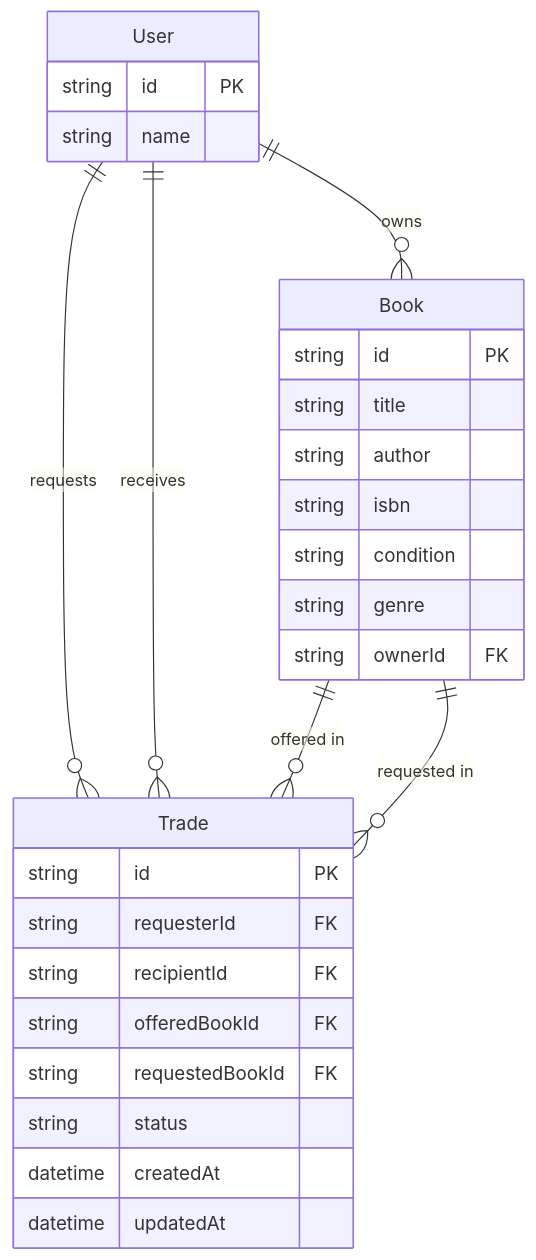
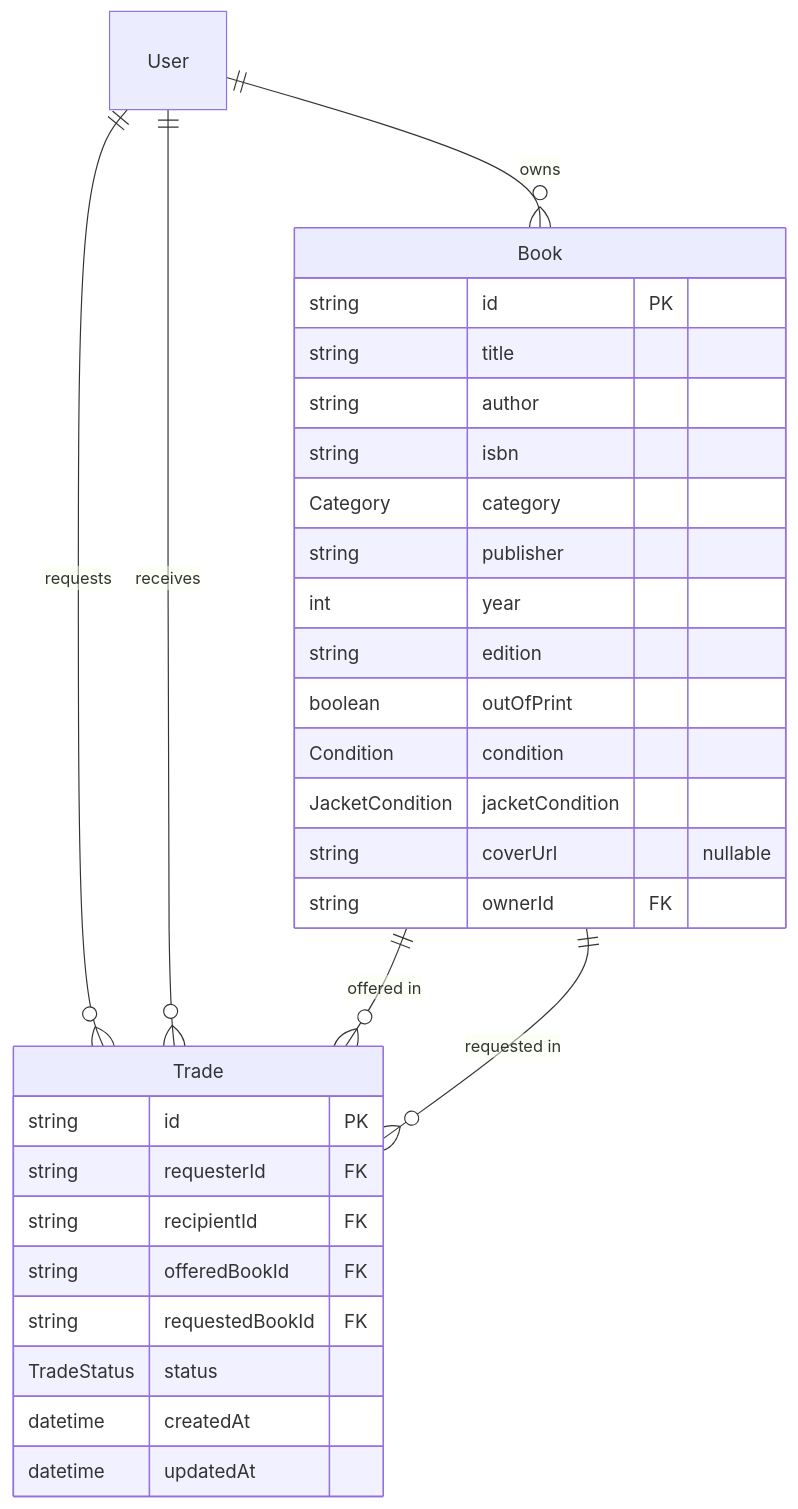
Before and after one commit to alichaaraoui/easy-exchange: the diagram in specs/data-model.md, drawn with Mermaid. The commit also changed other lines of this file and 7 other files, not shown here.

````diff
--- a/specs/data-model.md
+++ b/specs/data-model.md
@@ -52,31 +79,33 @@
 ```mermaid
 erDiagram
   User ||--o{ Book : owns
   User ||--o{ Trade : requests
   User ||--o{ Trade : receives
   Book ||--o{ Trade : "offered in"
   Book ||--o{ Trade : "requested in"
-  User {
-    string id PK
-    string name
-  }
   Book {
     string id PK
     string title
     string author
     string isbn
-    string condition
-    string genre
+    Category category
+    string publisher
+    int year
+    string edition
+    boolean outOfPrint
+    Condition condition
+    JacketCondition jacketCondition
+    string coverUrl "nullable"
     string ownerId FK
   }
   Trade {
     string id PK
     string requesterId FK
     string recipientId FK
     string offeredBookId FK
     string requestedBookId FK
-    string status
+    TradeStatus status
     datetime createdAt
     datetime updatedAt
   }
 ```
````
